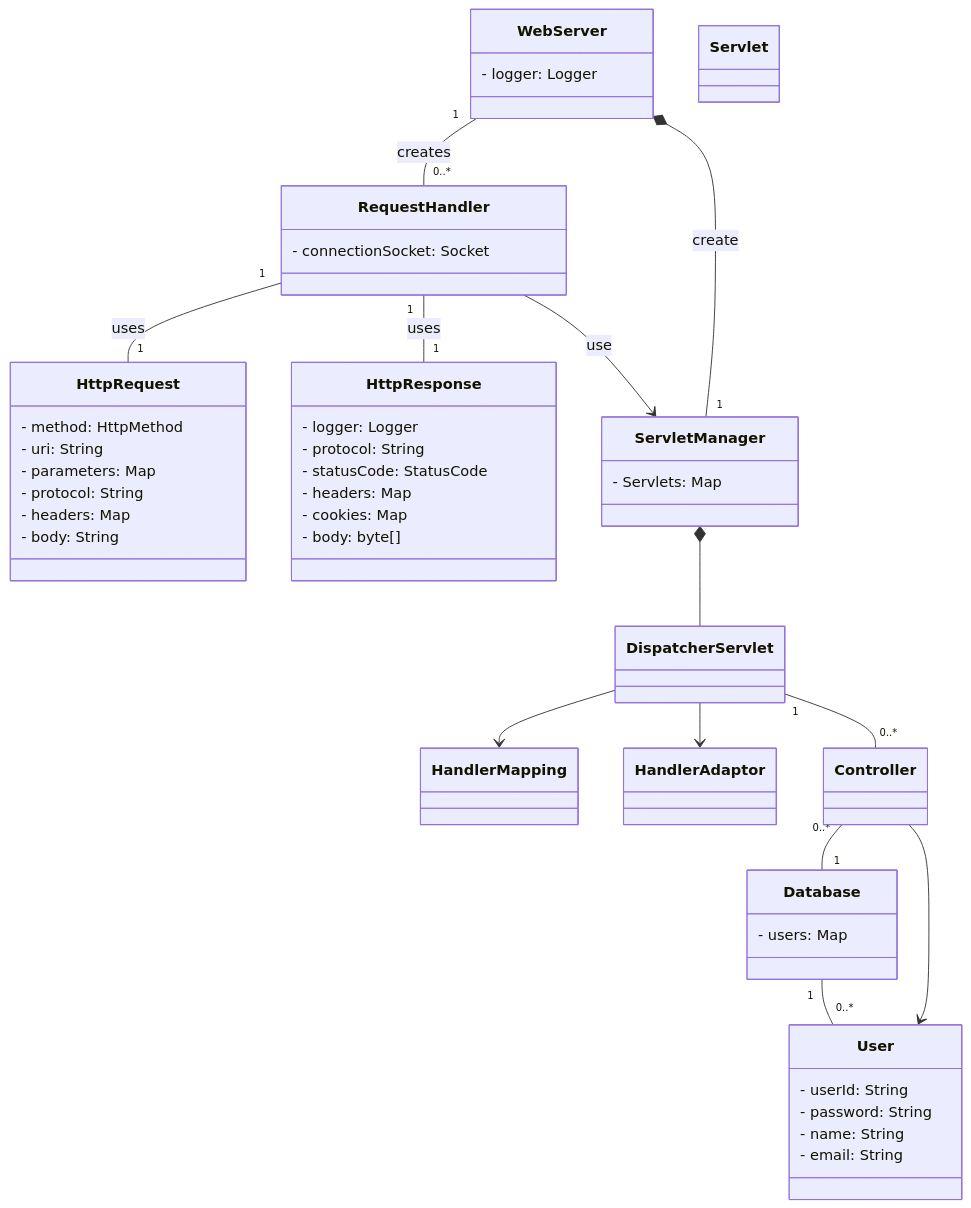
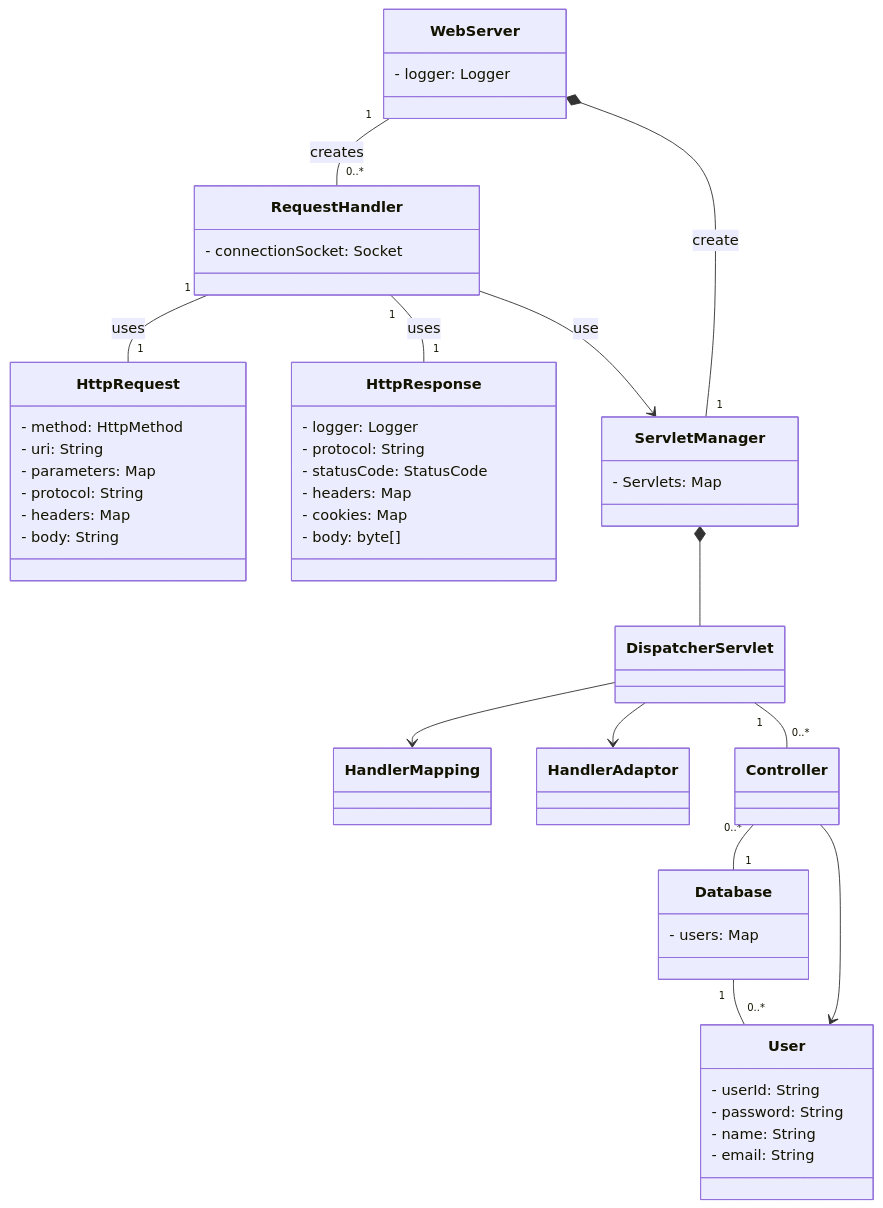
Before and after one commit to softeer5th/be-was-2025: the third of 3 diagrams in README.md, drawn with Mermaid. The commit also changed other lines of this file, not shown here.

````diff
--- a/README.md
+++ b/README.md
@@ -150,60 +150,56 @@
 ```mermaid
 classDiagram
     class WebServer {
         - logger: Logger
     }
 
     class RequestHandler {
         - connectionSocket: Socket
     }
 
     class HttpRequest {
         - method: HttpMethod
         - uri: String
         - parameters: Map<String, String>
         - protocol: String
         - headers: Map<String, String>
         - body: String
     }
 
     class HttpResponse {
         - logger: Logger
         - protocol: String
         - statusCode: StatusCode
         - headers: Map<String, String>
         - cookies: Map<String, String>
         - body: byte[]
     }
     
     class ServletManager {
         - Servlets: Map<String, Servlet>
     }
     
-    class Servlet {
-        
-    }
-    
     class User{
         - userId: String
         - password: String
         - name: String
         - email: String
     }
     
     class Database{
         - users: Map<String, User>
     }
 
     WebServer "1" -- "0..*" RequestHandler : creates
     WebServer *-- "1" ServletManager : create
     RequestHandler "1" -- "1" HttpRequest : uses
     RequestHandler "1" -- "1" HttpResponse : uses
     RequestHandler --> ServletManager : use
     ServletManager *-- DispatcherServlet
     DispatcherServlet --> HandlerMapping
     DispatcherServlet --> HandlerAdaptor
     DispatcherServlet "1" -- "0..*" Controller
     Controller "0..*" -- "1" Database
     Controller --> User
     Database "1" -- "0..*" User
 ```
````
